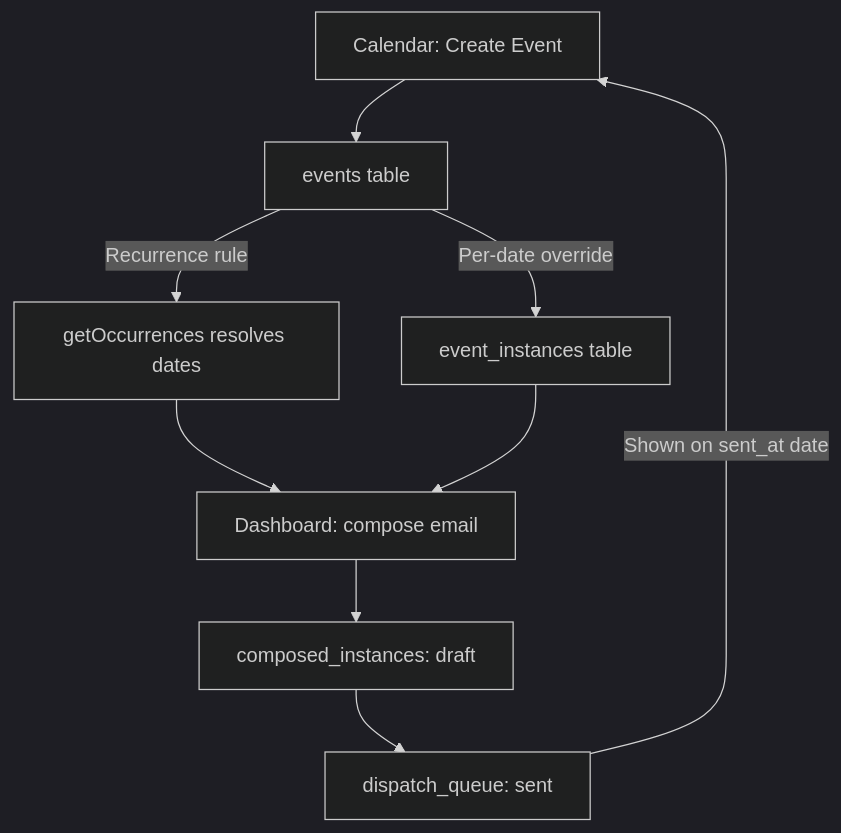
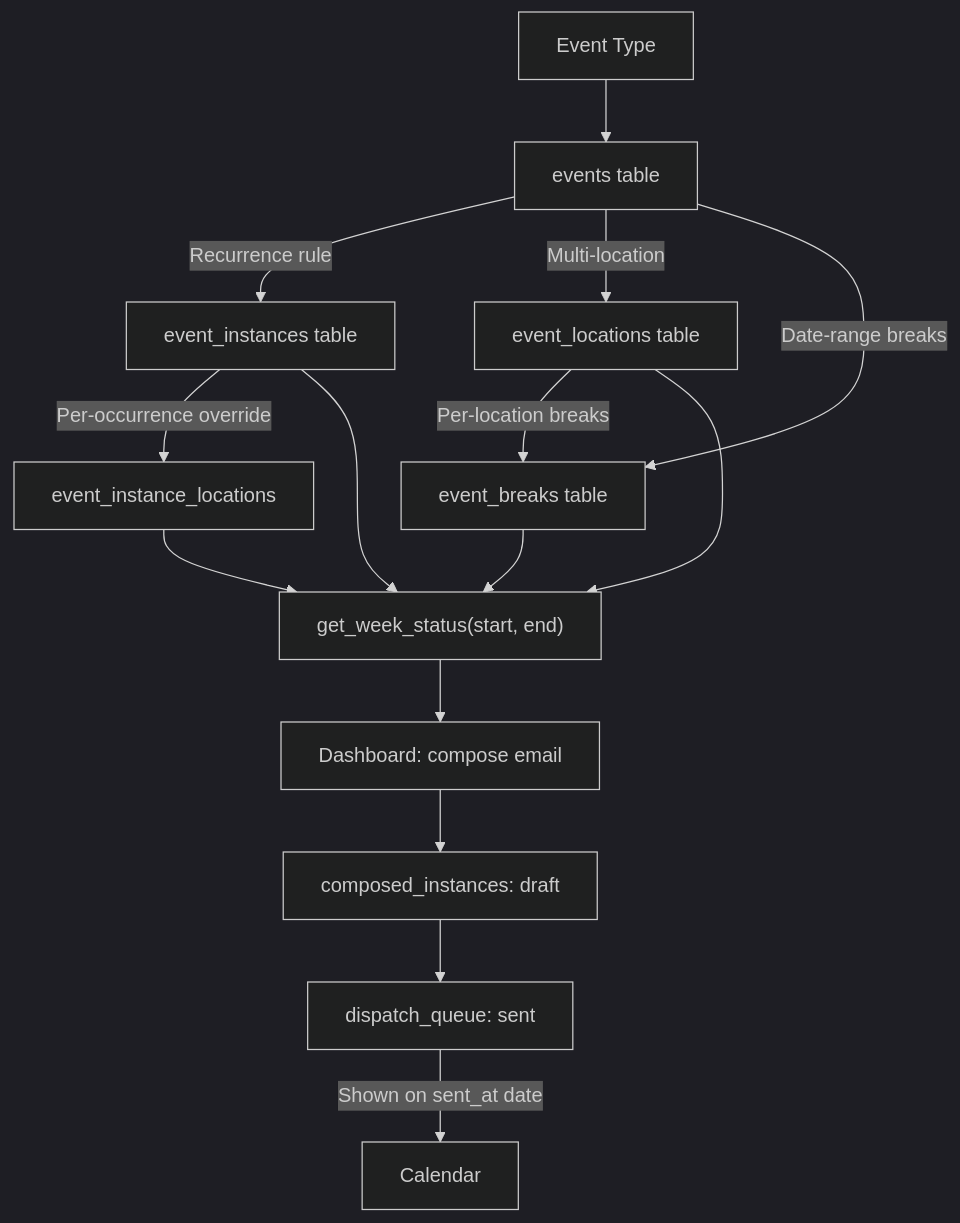
The fourth of 5 diagrams in README.md (jpurusho/ccisr-connect), drawn with Mermaid (dark theme) before and after one commit. The commit also changed other lines of this file and 1 other file, not shown here.

First line of the commit message:
Update docs with normalized data model, workflow, and new table descriptions

````diff
--- a/README.md
+++ b/README.md
@@ -185,11 +203,17 @@
 ```mermaid
 flowchart TB
-    C[Calendar: Create Event] --> EV[events table]
-    EV -->|Recurrence rule| OCC[getOccurrences resolves dates]
-    EV -->|Per-date override| EI[event_instances table]
-    OCC --> DASH[Dashboard: compose email]
-    EI --> DASH
+    ET[Event Type] --> EV[events table]
+    EV -->|Recurrence rule| EI[event_instances table]
+    EV -->|Multi-location| EL[event_locations table]
+    EV -->|Date-range breaks| EB[event_breaks table]
+    EL -->|Per-location breaks| EB
+    EI -->|Per-occurrence override| EIL[event_instance_locations]
+    EI --> WS["get_week_status(start, end)"]
+    EL --> WS
+    EB --> WS
+    EIL --> WS
+    WS --> DASH[Dashboard: compose email]
     DASH --> CI[composed_instances: draft]
     CI --> DQ[dispatch_queue: sent]
-    DQ -->|Shown on sent_at date| C
+    DQ -->|Shown on sent_at date| CAL[Calendar]
 ```
````
